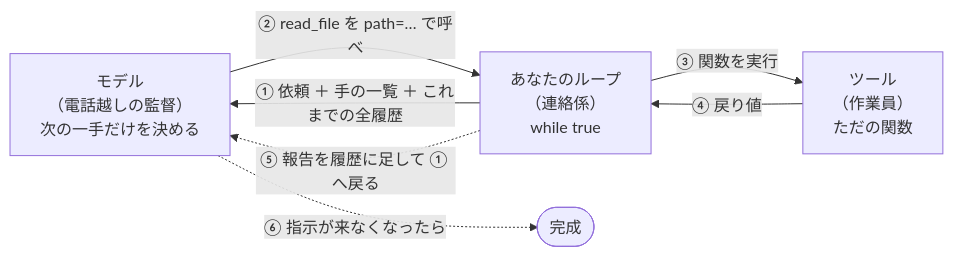
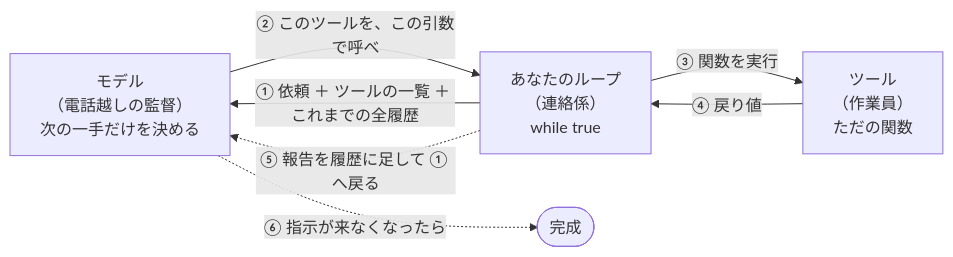
Before and after one commit to kkeeth/sample-ai-agent: the first of 3 diagrams in docs/02-agent-primer.md, drawn with Mermaid. The commit also changed other lines of this file and 19 other files, not shown here.

````diff
--- a/docs/02-agent-primer.md
+++ b/docs/02-agent-primer.md
@@ -41,14 +42,14 @@
 ```mermaid
 flowchart LR
     Model["モデル<br/>（電話越しの監督）<br/>次の一手だけを決める"]
     Loop["あなたのループ<br/>（連絡係）<br/>while true"]
     Tools["ツール<br/>（作業員）<br/>ただの関数"]
     Done(["完成"])
 
-    Loop -->|"① 依頼 ＋ 手の一覧 ＋ これまでの全履歴"| Model
-    Model -->|"② read_file を path=… で呼べ"| Loop
+    Loop -->|"① 依頼 ＋ ツールの一覧 ＋ これまでの全履歴"| Model
+    Model -->|"② このツールを、この引数で呼べ"| Loop
     Loop -->|"③ 関数を実行"| Tools
     Tools -->|"④ 戻り値"| Loop
     Loop -.->|"⑤ 報告を履歴に足して ① へ戻る"| Model
     Model -.->|"⑥ 指示が来なくなったら"| Done
 ```
````
